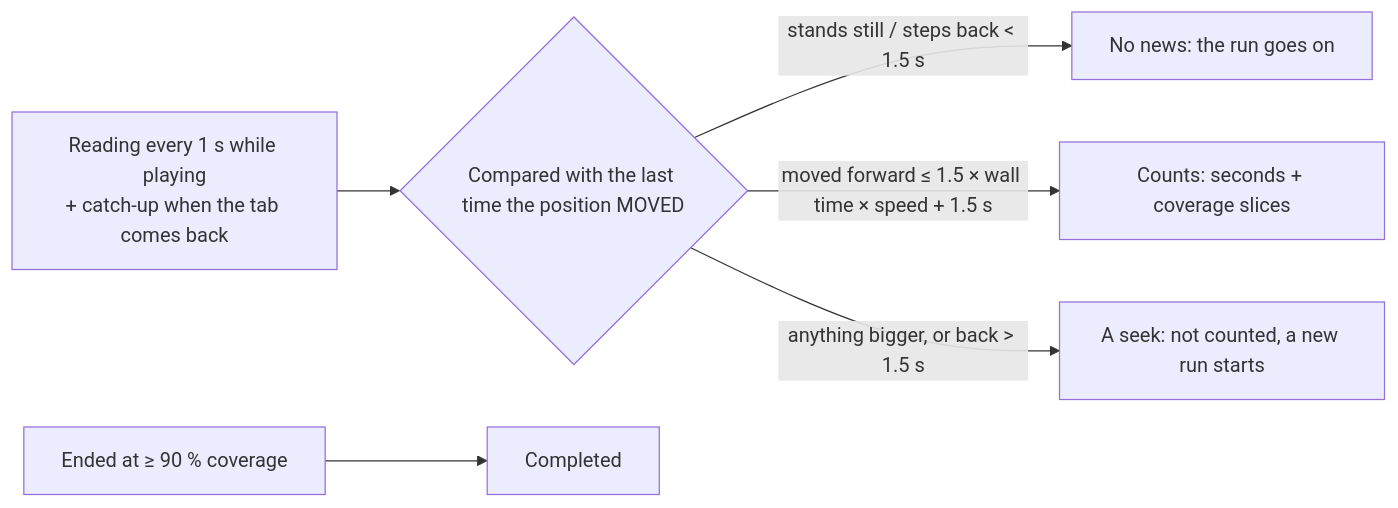
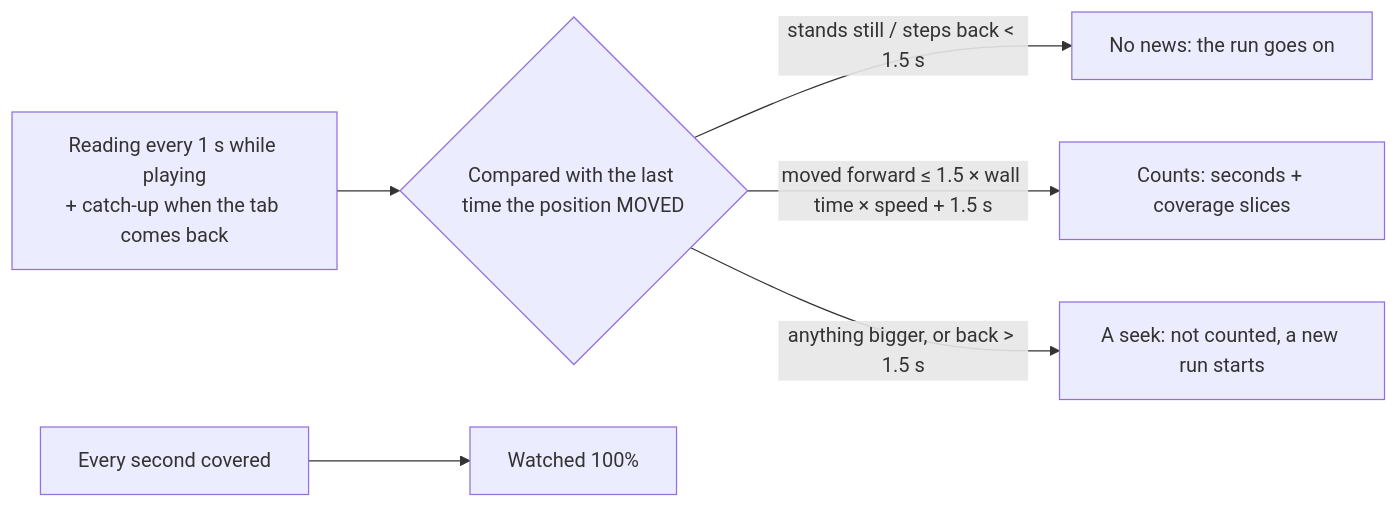
One commit to lo3elyon/ASI changed the second of 17 diagrams in ai-safety-full-episodes/README.md. Above: the diagram before and after it, drawn with Mermaid. The commit also changed other lines of this file, not shown here.

````diff
--- a/ai-safety-full-episodes/README.md
+++ b/ai-safety-full-episodes/README.md
@@ -58,8 +88,8 @@
 ```mermaid
 flowchart LR
   R[Reading every 1 s while playing<br/>+ catch-up when the tab comes back] --> Q{Compared with the last time the position MOVED}
   Q -->|stands still / steps back < 1.5 s| N[No news: the run goes on]
   Q -->|moved forward ≤ 1.5 × wall time × speed + 1.5 s| C[Counts: seconds + coverage slices]
   Q -->|anything bigger, or back > 1.5 s| S[A seek: not counted, a new run starts]
-  E[Ended at ≥ 90 % coverage] --> D[Completed]
+  E[Every second covered] --> D[Watched 100%]
 ```
````
